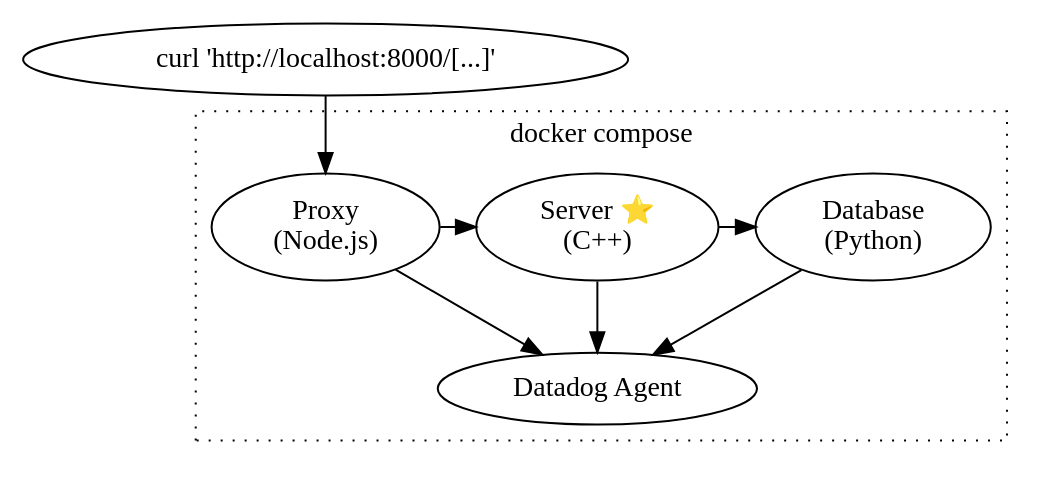
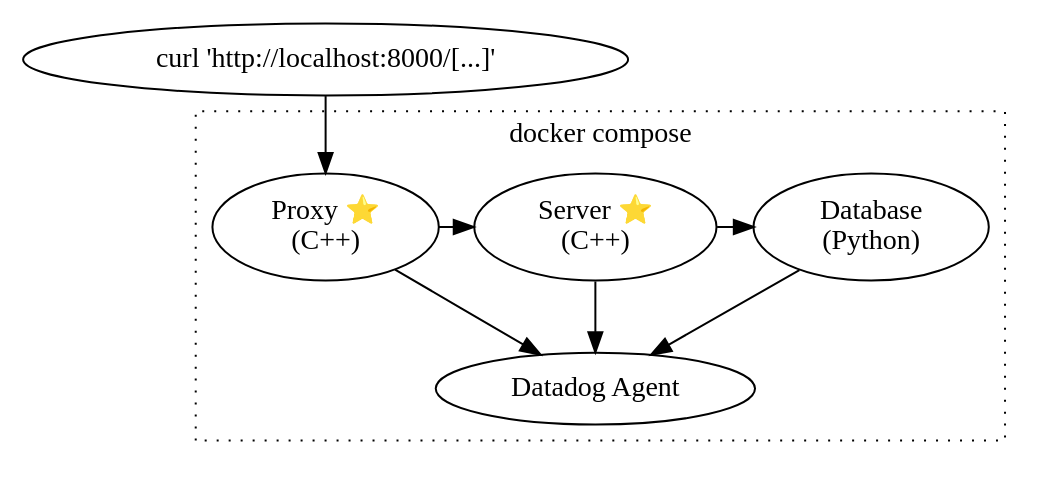
One commit to DataDog/dd-trace-cpp changed the diagram in examples/http-server/diagrams/services.dot. Above: the diagram before and after it, drawn with Graphviz. The commit also changed 2 other files, not shown here.

```diff
--- a/examples/http-server/diagrams/services.dot
+++ b/examples/http-server/diagrams/services.dot
@@ -1,28 +1,28 @@
 digraph {
     rankdir="TB";
 
     curl [label="curl 'http://localhost:8000/[...]'"];
     curl -> proxy;
 
      subgraph cluster_docker_compose {
         label="docker compose";
         rankdir="LR";
         graph[style=dotted];
 
-        proxy [label="Proxy\n(Node.js)"];
+        proxy [label="Proxy ⭐\n(C++)"];
         server [label="Server ⭐\n(C++)"];
         database [label="Database\n(Python)"];
         agent [label="Datadog Agent"];
 
         {
             rank=source;
             proxy -> server -> database;
         }
 
         {
             proxy -> agent;
             server -> agent;
             database -> agent;
         }
      }
 }
```
